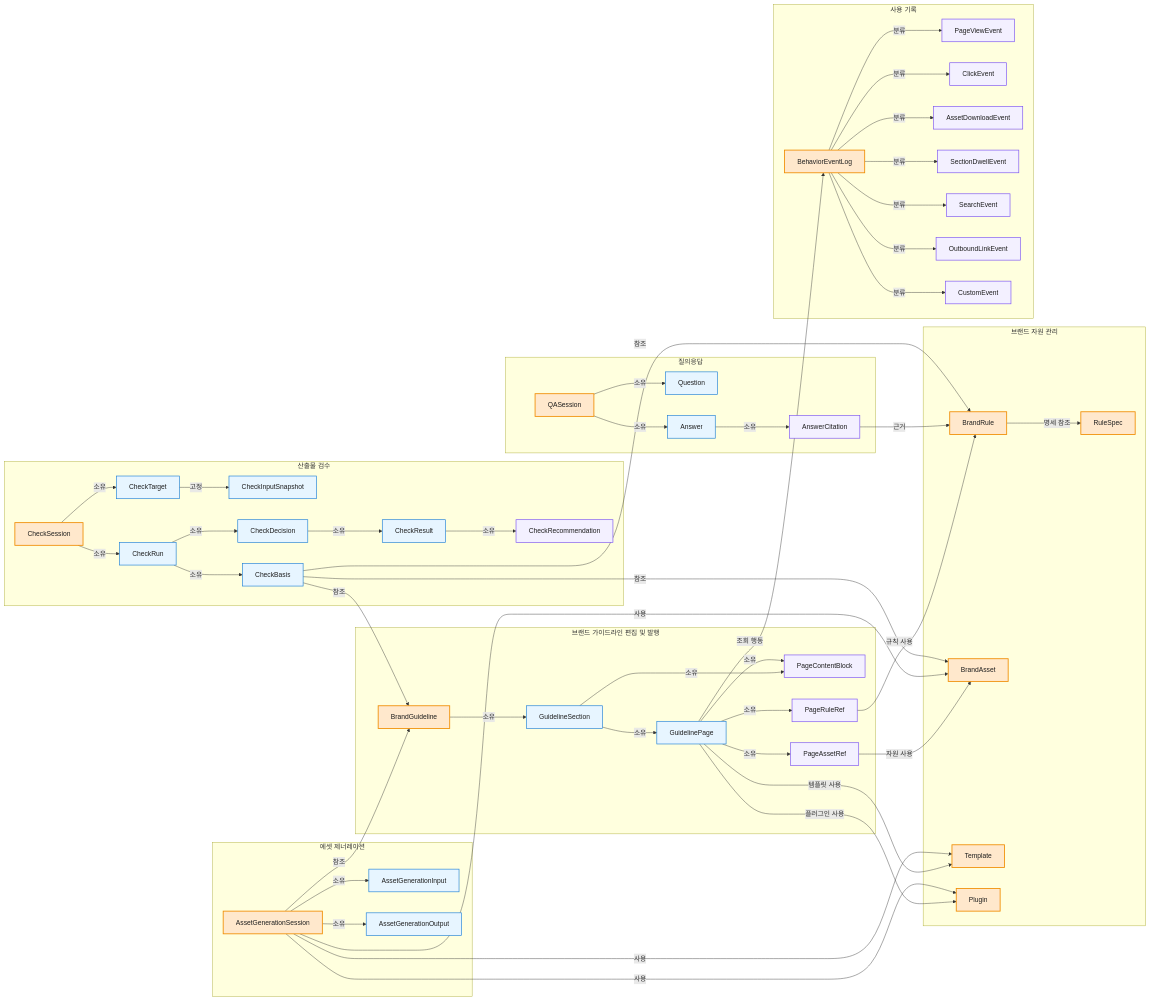
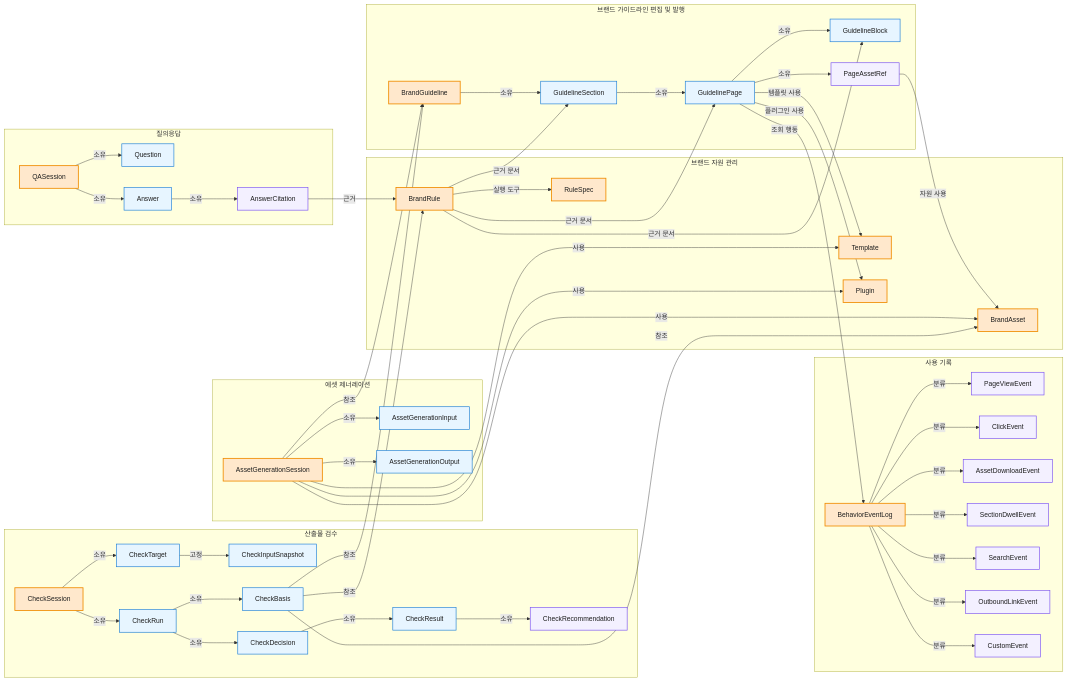
Before and after one commit to ewoooo/living-brand-system: the second of 5 diagrams in docs/04-domain-model.md, drawn with Mermaid. The commit also changed other lines of this file and 2 other files, not shown here.

````diff
--- a/docs/04-domain-model.md
+++ b/docs/04-domain-model.md
@@ -73,8 +73,7 @@
     BrandGuideline["BrandGuideline"]
     GuidelineSection["GuidelineSection"]
     GuidelinePage["GuidelinePage"]
-    PageContentBlock["PageContentBlock"]
-    PageRuleRef["PageRuleRef"]
+    GuidelineBlock["GuidelineBlock"]
     PageAssetRef["PageAssetRef"]
   end
 
@@ -122,12 +121,12 @@
   end
 
   BrandGuideline -->|"소유"| GuidelineSection
-  GuidelineSection -->|"소유"| PageContentBlock
   GuidelineSection -->|"소유"| GuidelinePage
-  GuidelinePage -->|"소유"| PageContentBlock
-  GuidelinePage -->|"소유"| PageRuleRef
-  PageRuleRef -->|"규칙 사용"| BrandRule
-  BrandRule -->|"명세 참조"| RuleSpec
+  GuidelinePage -->|"소유"| GuidelineBlock
+  BrandRule -->|"근거 문서"| GuidelineSection
+  BrandRule -->|"근거 문서"| GuidelinePage
+  BrandRule -->|"근거 문서"| GuidelineBlock
+  BrandRule -->|"실행 도구"| RuleSpec
   GuidelinePage -->|"소유"| PageAssetRef
   PageAssetRef -->|"자원 사용"| BrandAsset
   GuidelinePage -->|"템플릿 사용"| Template
@@ -168,6 +167,6 @@
   classDef record fill:#F1F3F5,stroke:#868E96,stroke-width:1.5px,color:#1F1F1F;
 
   class BrandGuideline,RuleSpec,BrandRule,BrandAsset,Template,Plugin,AssetGenerationSession,QASession,CheckSession,BehaviorEventLog aggregate;
-  class GuidelineSection,GuidelinePage,AssetGenerationInput,AssetGenerationOutput,Question,Answer,CheckTarget,CheckInputSnapshot,CheckRun,CheckBasis,CheckDecision,CheckResult entity;
-  class PageContentBlock,PageRuleRef,PageAssetRef,AnswerCitation,CheckRecommendation,PageViewEvent,ClickEvent,AssetDownloadEvent,SectionDwellEvent,SearchEvent,OutboundLinkEvent,CustomEvent childEntity;
+  class GuidelineSection,GuidelinePage,GuidelineBlock,AssetGenerationInput,AssetGenerationOutput,Question,Answer,CheckTarget,CheckInputSnapshot,CheckRun,CheckBasis,CheckDecision,CheckResult entity;
+  class PageAssetRef,AnswerCitation,CheckRecommendation,PageViewEvent,ClickEvent,AssetDownloadEvent,SectionDwellEvent,SearchEvent,OutboundLinkEvent,CustomEvent childEntity;
 ```
````
